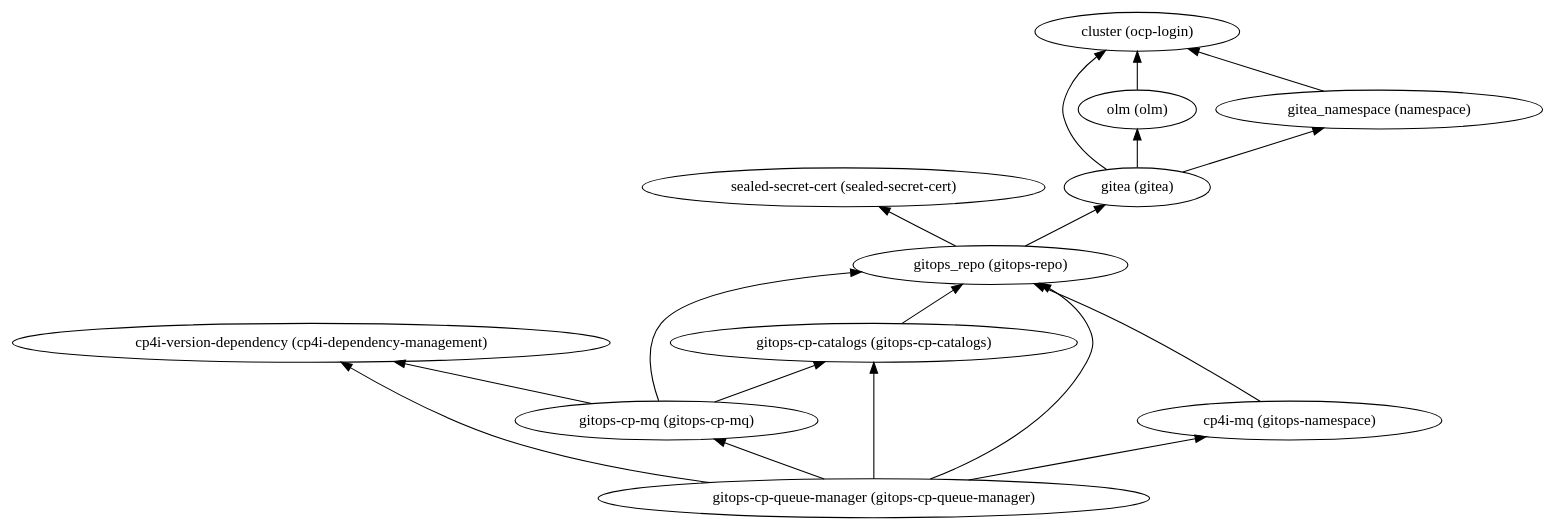
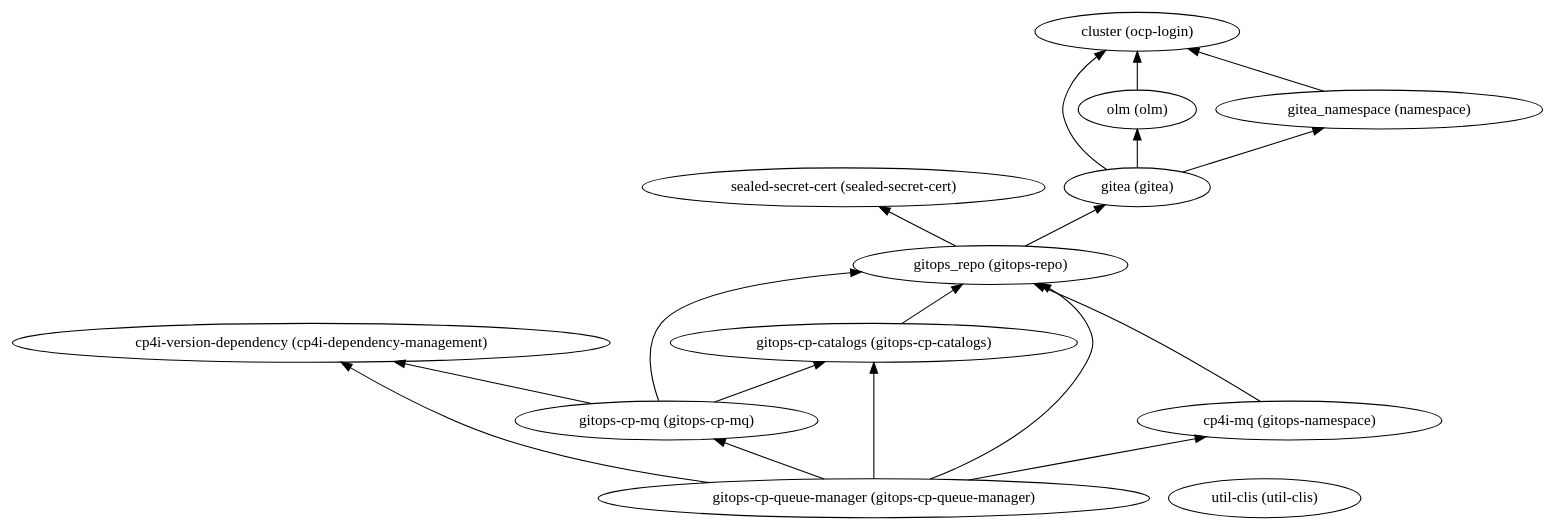
One commit to IBM/automation-integration-platform changed the diagram in 230-integration-mq/dependencies.dot. Above: the diagram before and after it, drawn with Graphviz. The commit also changed 71 other files, not shown here.

```diff
--- a/230-integration-mq/dependencies.dot
+++ b/230-integration-mq/dependencies.dot
@@ -1,31 +1,32 @@
 digraph {
     rankdir="BT"
     "cp4i-version-dependency (cp4i-dependency-management)"
 "gitops-cp-catalogs (gitops-cp-catalogs)" -> "gitops_repo (gitops-repo)"
 "gitops-cp-catalogs (gitops-cp-catalogs)"
 "gitops_repo (gitops-repo)" -> "sealed-secret-cert (sealed-secret-cert)"
 "gitops_repo (gitops-repo)" -> "gitea (gitea)"
 "gitops_repo (gitops-repo)"
 "sealed-secret-cert (sealed-secret-cert)"
 "gitea (gitea)" -> "cluster (ocp-login)"
 "gitea (gitea)" -> "olm (olm)"
 "gitea (gitea)" -> "gitea_namespace (namespace)"
 "gitea (gitea)"
 "cluster (ocp-login)"
 "olm (olm)" -> "cluster (ocp-login)"
 "olm (olm)"
 "gitea_namespace (namespace)" -> "cluster (ocp-login)"
 "gitea_namespace (namespace)"
 "gitops-cp-mq (gitops-cp-mq)" -> "gitops_repo (gitops-repo)"
 "gitops-cp-mq (gitops-cp-mq)" -> "gitops-cp-catalogs (gitops-cp-catalogs)"
 "gitops-cp-mq (gitops-cp-mq)" -> "cp4i-version-dependency (cp4i-dependency-management)"
 "gitops-cp-mq (gitops-cp-mq)"
 "gitops-cp-queue-manager (gitops-cp-queue-manager)" -> "gitops_repo (gitops-repo)"
 "gitops-cp-queue-manager (gitops-cp-queue-manager)" -> "gitops-cp-catalogs (gitops-cp-catalogs)"
 "gitops-cp-queue-manager (gitops-cp-queue-manager)" -> "cp4i-version-dependency (cp4i-dependency-management)"
 "gitops-cp-queue-manager (gitops-cp-queue-manager)" -> "cp4i-mq (gitops-namespace)"
 "gitops-cp-queue-manager (gitops-cp-queue-manager)" -> "gitops-cp-mq (gitops-cp-mq)"
 "gitops-cp-queue-manager (gitops-cp-queue-manager)"
 "cp4i-mq (gitops-namespace)" -> "gitops_repo (gitops-repo)"
 "cp4i-mq (gitops-namespace)"
+"util-clis (util-clis)"
   }
```
